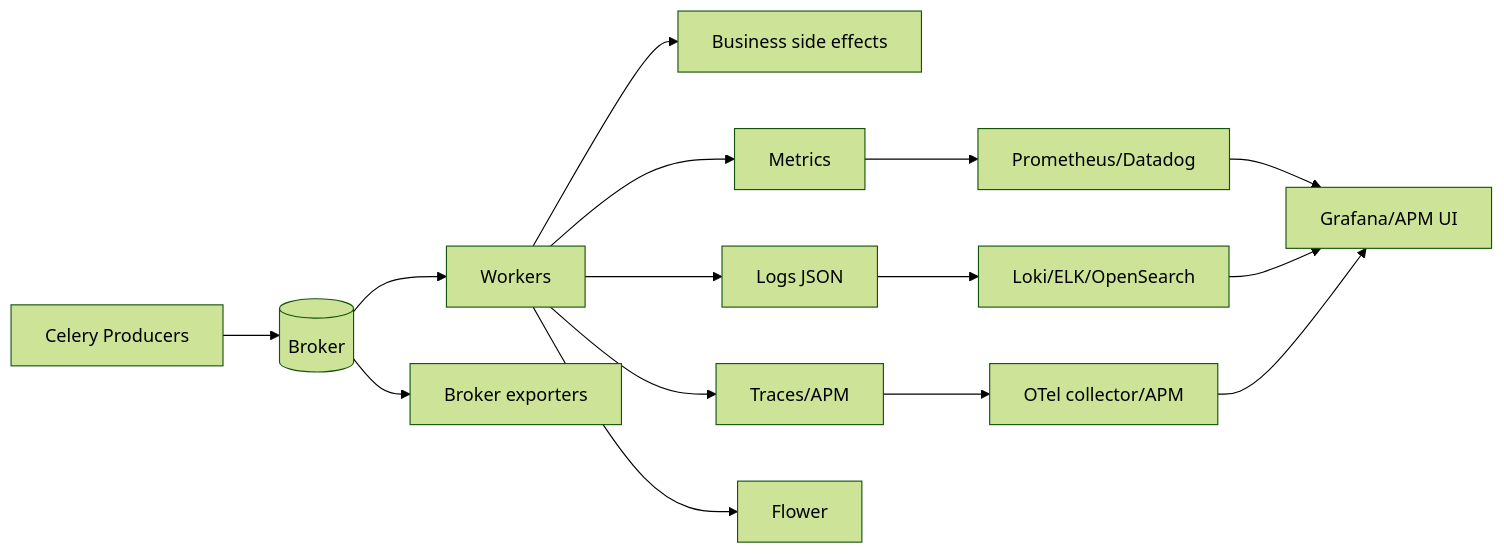
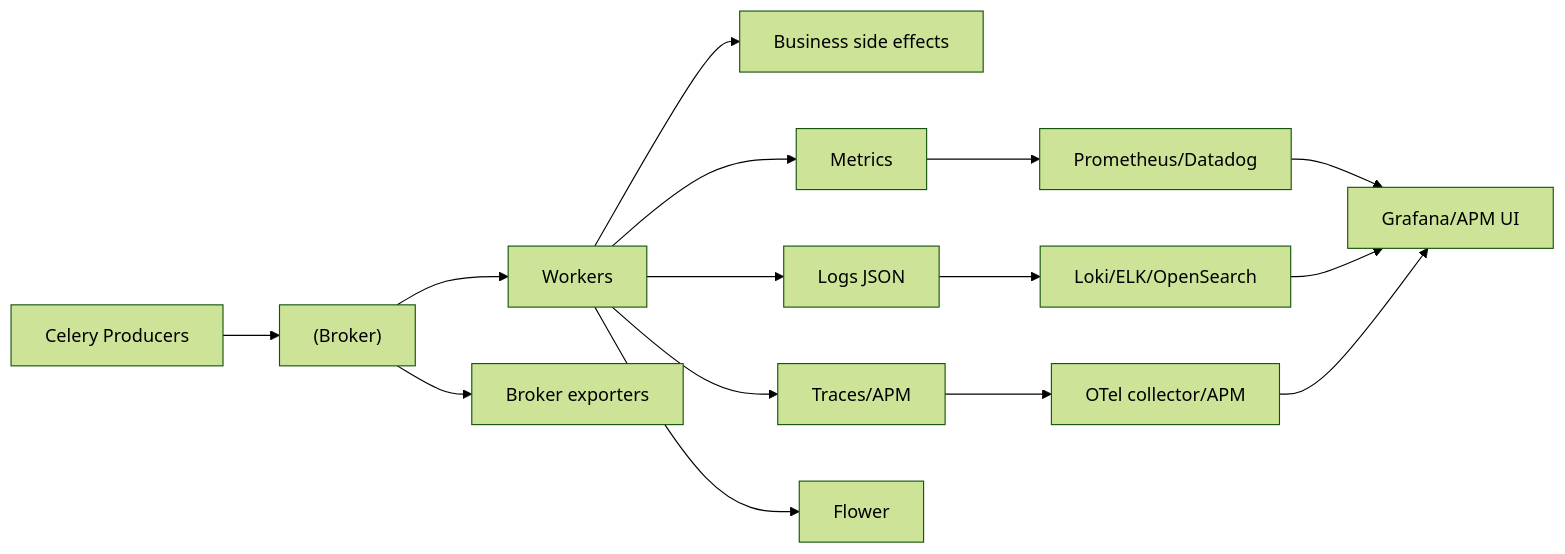
The diagram in directions/services/celery/pact/33_katalog_instrumentov_bibliotek_i_integracii/09_33_skvoznaya_model_observability_sloya.md (DDoSKudya/ai-study-atlas), drawn with Mermaid (forest theme) before and after one commit. The commit also changed 322 other files, not shown here.

Commit message:
fix(docs): make mermaid diagrams GitHub-compatible across directions content

````diff
--- a/directions/services/celery/pact/33_katalog_instrumentov_bibliotek_i_integracii/09_33_skvoznaya_model_observability_sloya.md
+++ b/directions/services/celery/pact/33_katalog_instrumentov_bibliotek_i_integracii/09_33_skvoznaya_model_observability_sloya.md
@@ -6,17 +6,17 @@
 ```mermaid
 flowchart LR
-    A[Celery Producers] --> B[(Broker)]
-    B --> C[Workers]
-    C --> D[Business side effects]
-    C --> E[Logs JSON]
-    C --> F[Metrics]
-    C --> G[Traces/APM]
-    B --> H[Broker exporters]
-    E --> I[Loki/ELK/OpenSearch]
-    F --> J[Prometheus/Datadog]
-    G --> K[OTel collector/APM]
-    J --> L[Grafana/APM UI]
+    A["Celery Producers"] --> B["(Broker)"]
+    B --> C["Workers"]
+    C --> D["Business side effects"]
+    C --> E["Logs JSON"]
+    C --> F["Metrics"]
+    C --> G["Traces/APM"]
+    B --> H["Broker exporters"]
+    E --> I["Loki/ELK/OpenSearch"]
+    F --> J["Prometheus/Datadog"]
+    G --> K["OTel collector/APM"]
+    J --> L["Grafana/APM UI"]
     I --> L
     K --> L
-    C --> M[Flower]
+    C --> M["Flower"]
 ```
````
